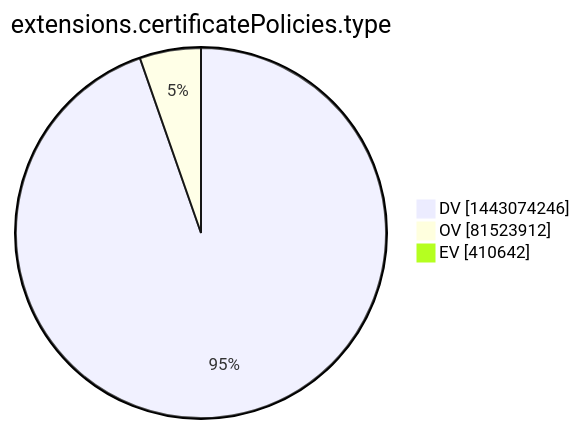
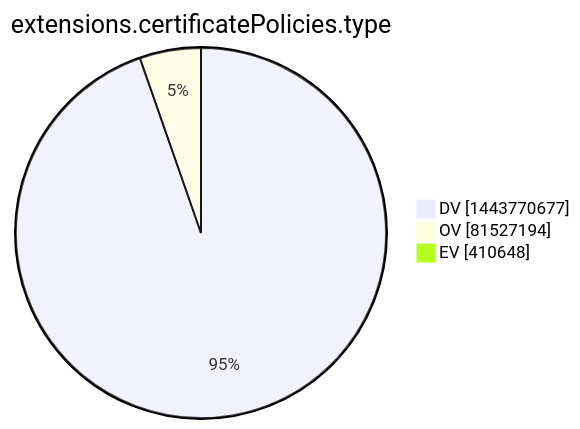
The tenth of 15 diagrams in xenon2022/README.md (christiankrug/ctmonitor_visualization), drawn with Mermaid before and after one commit. The commit also changed other lines of this file, not shown here.

````diff
--- a/xenon2022/README.md
+++ b/xenon2022/README.md
@@ -2868,7 +2868,7 @@
 ```mermaid
 pie showData
 title extensions.certificatePolicies.type
-"DV" :1443074246
-"OV" :81523912
-"EV" :410642
+"DV" :1443770677
+"OV" :81527194
+"EV" :410648
 ```
````
